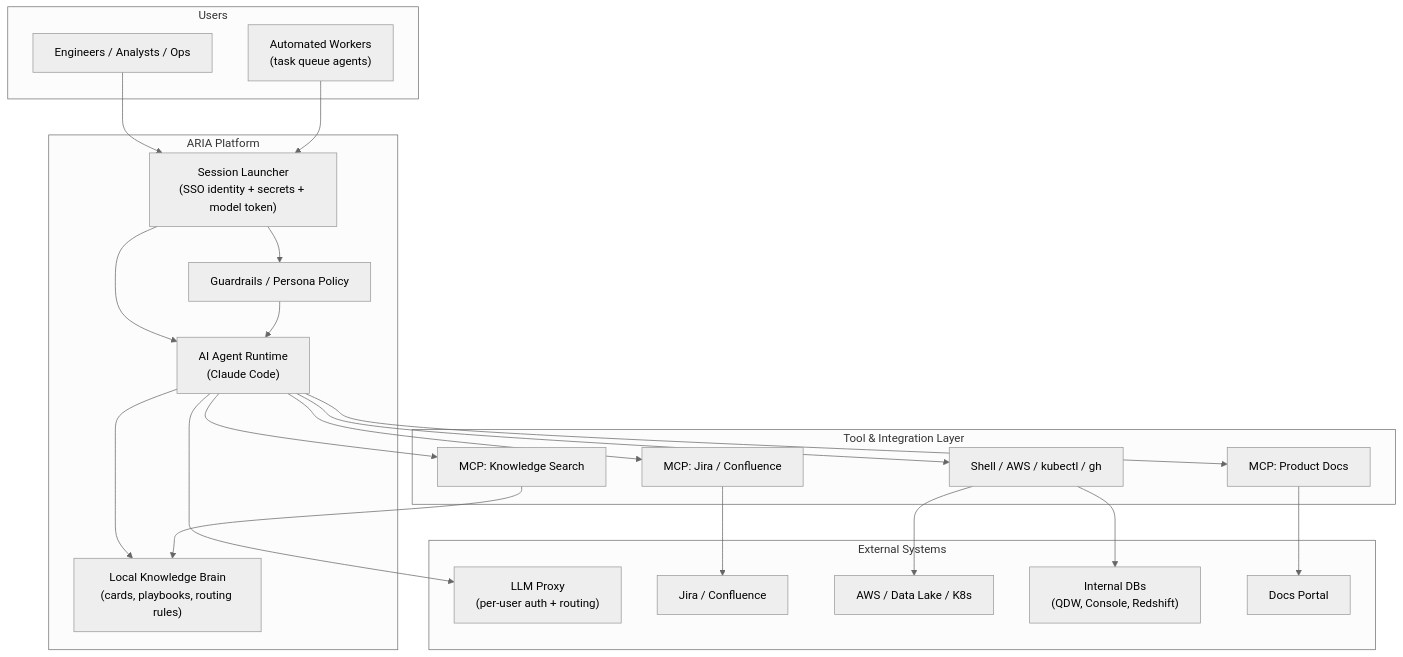
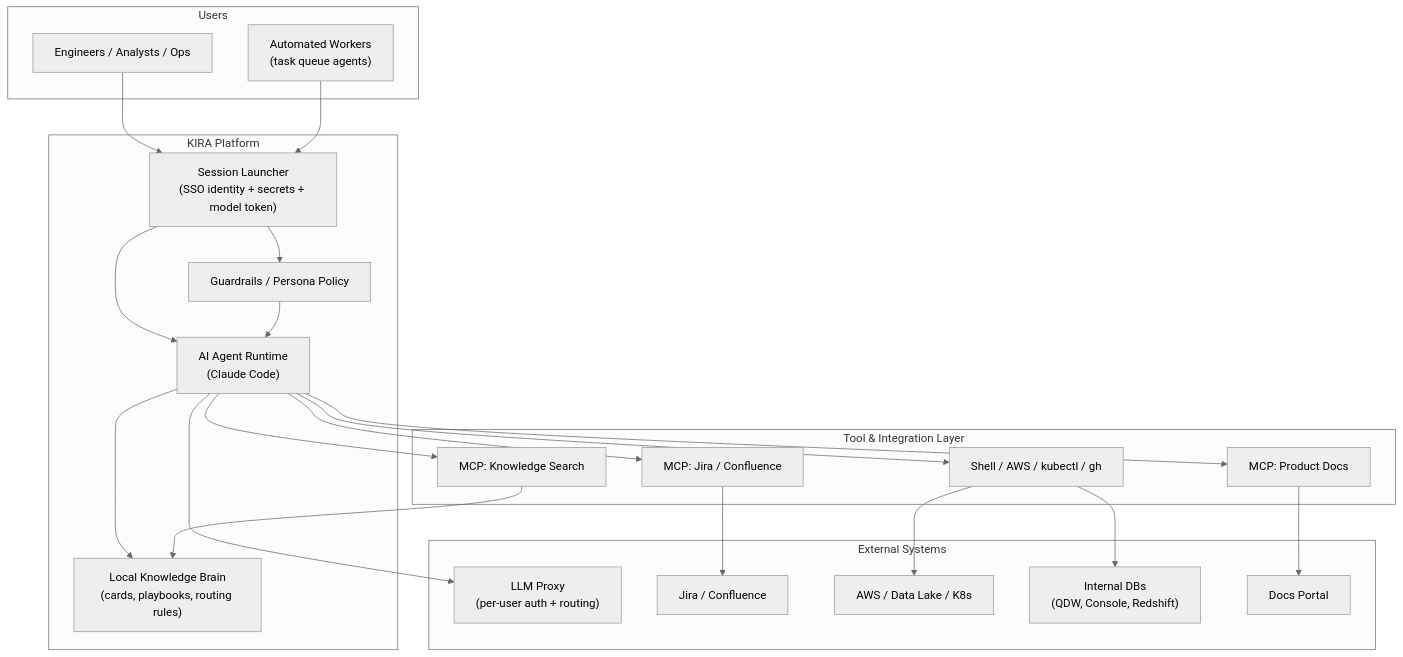
One commit to dnyanesh-k/notes changed the first of 5 diagrams in interview/architecture.md. Above: the diagram before and after it, drawn with Mermaid (neutral theme). The commit also changed other lines of this file and 17 other files, not shown here.

````diff
--- a/interview/architecture.md
+++ b/interview/architecture.md
@@ -9,46 +9,46 @@
 ```mermaid
 flowchart TB
     subgraph users ["Users"]
         ENG["Engineers / Analysts / Ops"]
         BOT["Automated Workers\n(task queue agents)"]
     end
 
-    subgraph aria ["ARIA Platform"]
+    subgraph KIRA ["KIRA Platform"]
         LAUNCH["Session Launcher\n(SSO identity + secrets + model token)"]
         AGENT["AI Agent Runtime\n(Claude Code)"]
         BRAIN["Local Knowledge Brain\n(cards, playbooks, routing rules)"]
         GUARD["Guardrails / Persona Policy"]
     end
 
     subgraph tools ["Tool & Integration Layer"]
         MCP_BRAIN["MCP: Knowledge Search"]
         MCP_DOCS["MCP: Product Docs"]
         MCP_ATL["MCP: Jira / Confluence"]
         CLI["Shell / AWS / kubectl / gh"]
     end
 
     subgraph external ["External Systems"]
         LLM["LLM Proxy\n(per-user auth + routing)"]
         JIRA["Jira / Confluence"]
         AWS["AWS / Data Lake / K8s"]
         DB["Internal DBs\n(QDW, Console, Redshift)"]
         DOCS["Docs Portal"]
     end
 
     ENG --> LAUNCH
     BOT --> LAUNCH
     LAUNCH --> AGENT
     LAUNCH --> GUARD
     AGENT --> BRAIN
     AGENT --> MCP_BRAIN
     AGENT --> MCP_DOCS
     AGENT --> MCP_ATL
     AGENT --> CLI
     MCP_BRAIN --> BRAIN
     MCP_DOCS --> DOCS
     MCP_ATL --> JIRA
     CLI --> AWS
     CLI --> DB
     AGENT --> LLM
     GUARD --> AGENT
 ```
````
